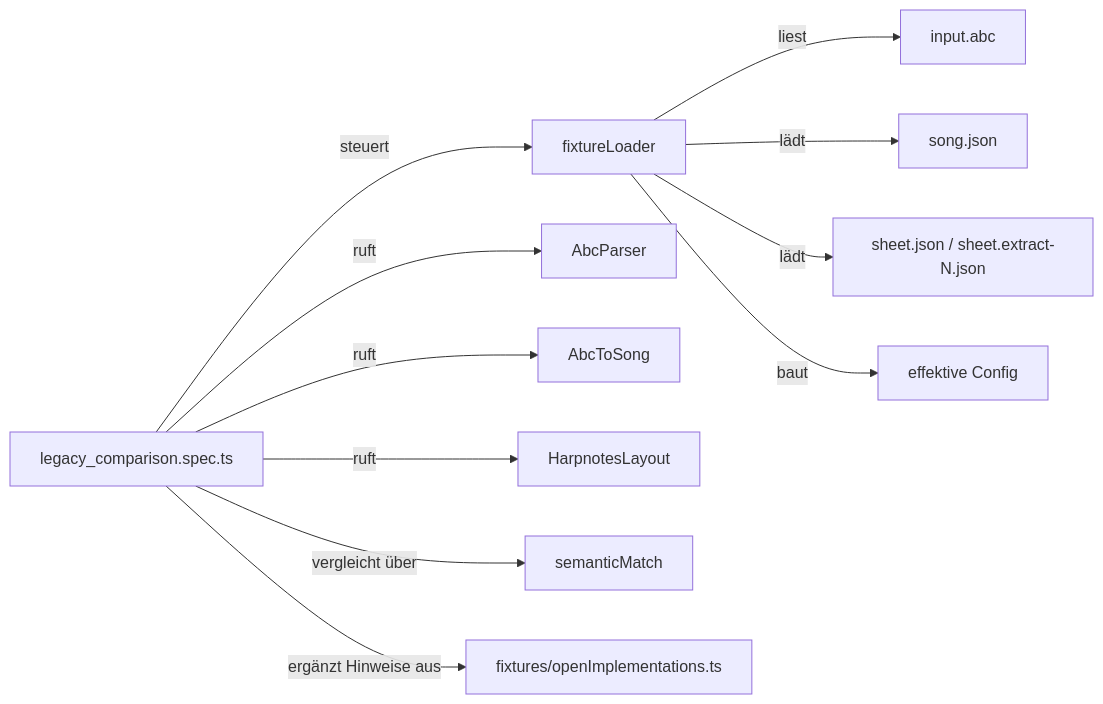
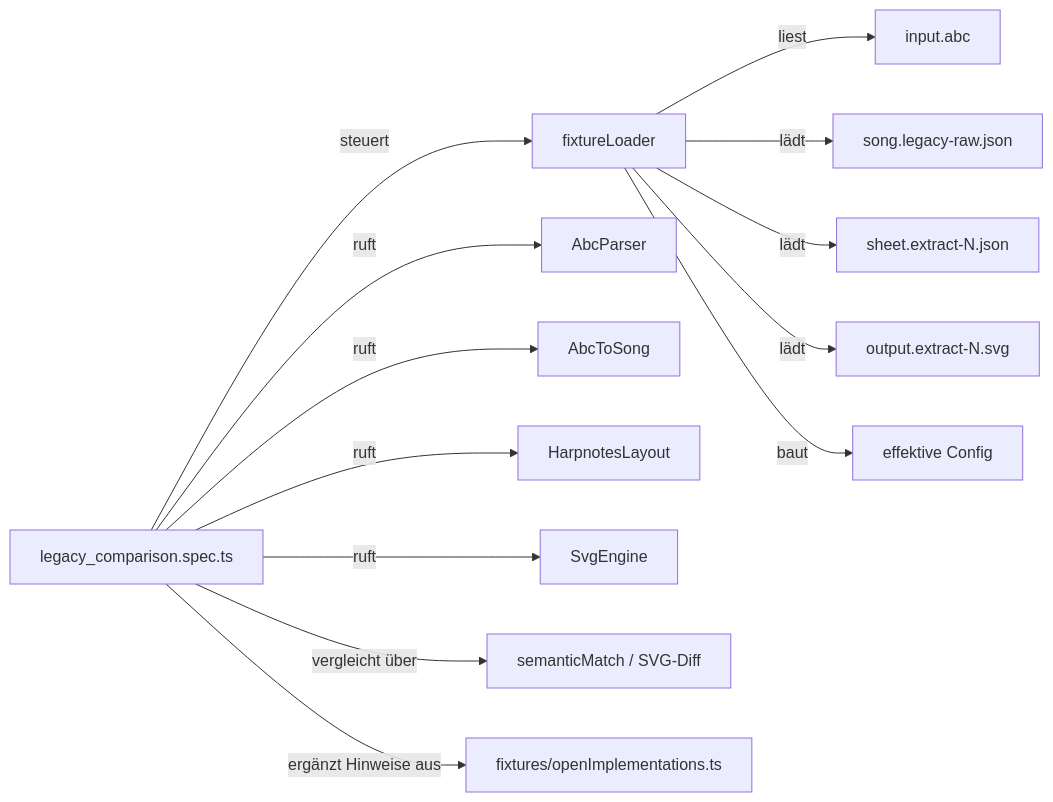
One commit to bwl21/zupfnoter-ts changed the fifth of 5 diagrams in docs/testing/fixture-driven-testing.md. Above: the diagram before and after it, drawn with Mermaid. The commit also changed other lines of this file and 113 other files, not shown here.

````diff
--- a/docs/testing/fixture-driven-testing.md
+++ b/docs/testing/fixture-driven-testing.md
@@ -151,13 +185,15 @@
 ```mermaid
 flowchart LR
   A[fixtureLoader] -->|liest| B[input.abc]
-  A -->|lädt| C[song.json]
-  A -->|lädt| D[sheet.json / sheet.extract-N.json]
-  A -->|baut| E[effektive Config]
-  F[legacy_comparison.spec.ts] -->|steuert| A
-  F -->|ruft| G[AbcParser]
-  F -->|ruft| H[AbcToSong]
-  F -->|ruft| I[HarpnotesLayout]
-  F -->|vergleicht über| J[semanticMatch]
-  F -->|ergänzt Hinweise aus| K[fixtures/openImplementations.ts]
+  A -->|lädt| C[song.legacy-raw.json]
+  A -->|lädt| D[sheet.extract-N.json]
+  A -->|lädt| E[output.extract-N.svg]
+  A -->|baut| F[effektive Config]
+  G[legacy_comparison.spec.ts] -->|steuert| A
+  G -->|ruft| H[AbcParser]
+  G -->|ruft| I[AbcToSong]
+  G -->|ruft| J[HarpnotesLayout]
+  G -->|ruft| K[SvgEngine]
+  G -->|vergleicht über| L[semanticMatch / SVG-Diff]
+  G -->|ergänzt Hinweise aus| M[fixtures/openImplementations.ts]
 ```
````
